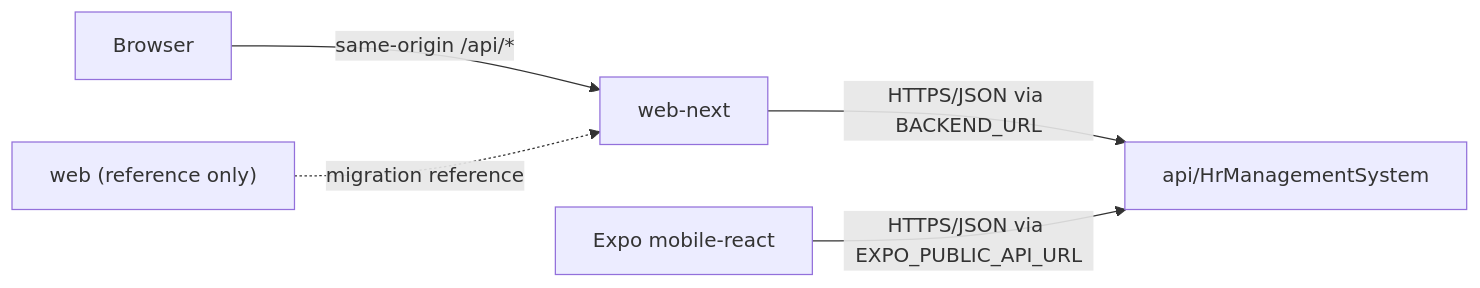
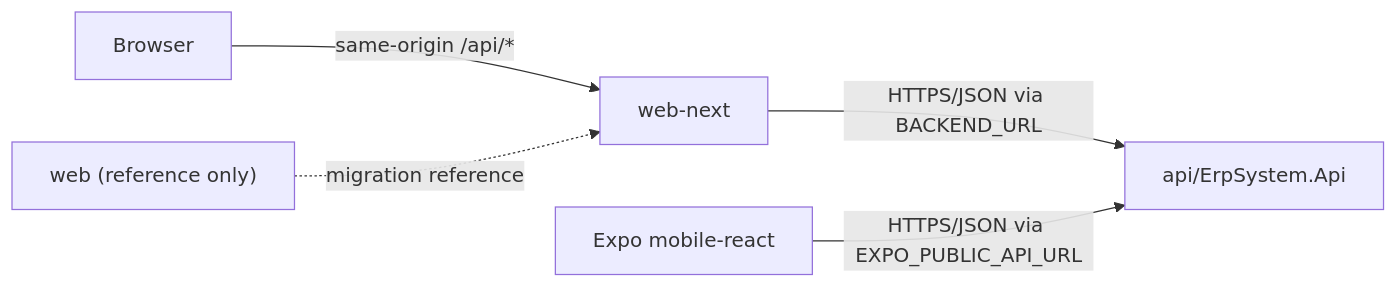
Before and after one commit to shabanelmogy/hr-system: the diagram in README.md, drawn with Mermaid. The commit also changed other lines of this file and 5227 other files, not shown here.

````diff
--- a/README.md
+++ b/README.md
@@ -35,7 +46,7 @@
 ```mermaid
 flowchart LR
     Browser["Browser"] -->|"same-origin /api/*"| WebNext["web-next"]
-    WebNext -->|"HTTPS/JSON via BACKEND_URL"| Api["api/HrManagementSystem"]
+    WebNext -->|"HTTPS/JSON via BACKEND_URL"| Api["api/ErpSystem.Api"]
     Mobile["Expo mobile-react"] -->|"HTTPS/JSON via EXPO_PUBLIC_API_URL"| Api
     Legacy["web (reference only)"] -.->|"migration reference"| WebNext
 ```
````
